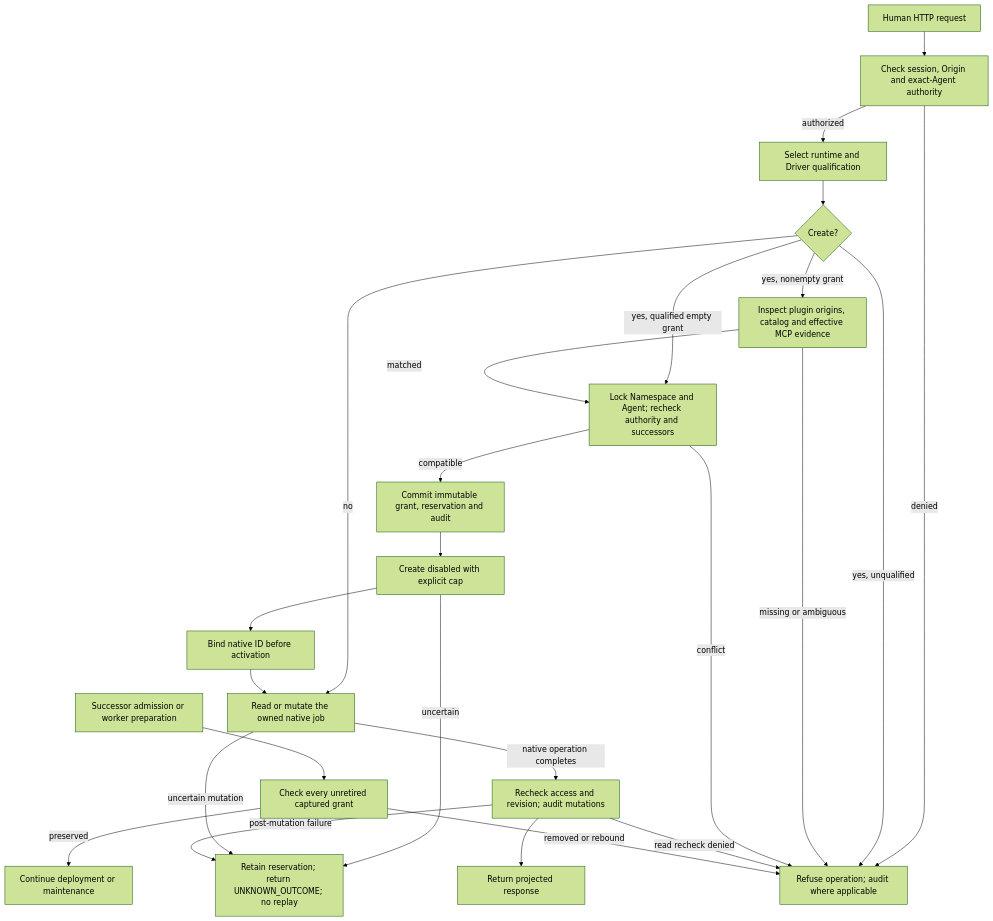
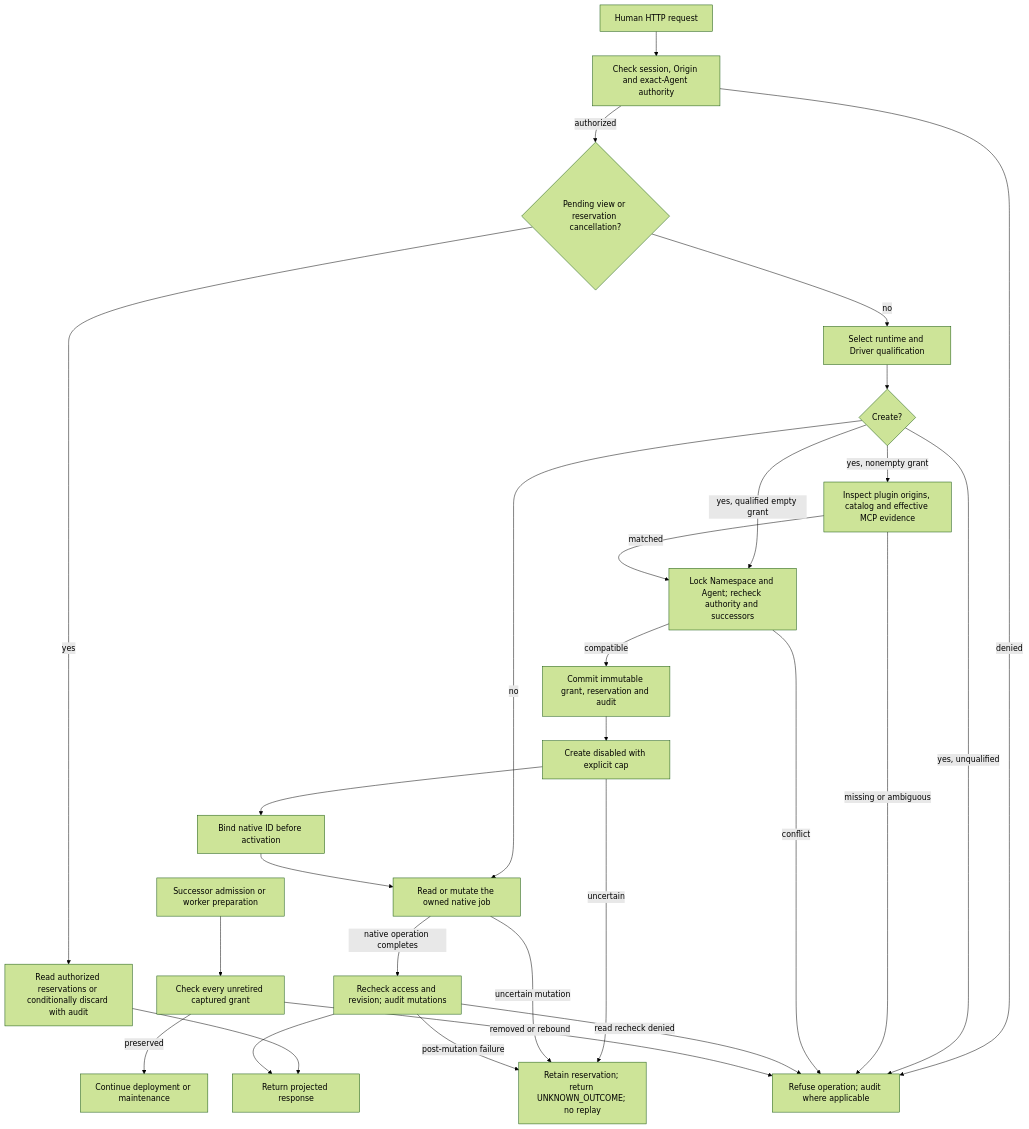
One commit to openclaw/openclaw-enterprise changed the diagram in docs/flows/agent-automations.md. Above: the diagram before and after it, drawn with Mermaid (forest theme). The commit also changed other lines of this file and 28 other files, not shown here.

````diff
--- a/docs/flows/agent-automations.md
+++ b/docs/flows/agent-automations.md
@@ -28,27 +29,30 @@
 ```mermaid
 graph TD
   A["Human HTTP request"] --> B["Check session, Origin and exact-Agent authority"]
-  B -->|"authorized"| C["Select runtime and Driver qualification"]
+  B -->|"authorized"| V{"Pending view or reservation cancellation?"}
+  V -->|"yes"| S["Read authorized reservations or conditionally discard with audit"]
+  S --> O["Return projected response"]
+  V -->|"no"| C["Select runtime and Driver qualification"]
   B -->|"denied"| E["Refuse operation; audit where applicable"]
   C --> F{"Create?"}
   F -->|"yes, nonempty grant"| D["Inspect plugin origins, catalog and effective MCP evidence"]
   F -->|"yes, qualified empty grant"| G["Lock Namespace and Agent; recheck authority and successors"]
   F -->|"yes, unqualified"| E
   D -->|"matched"| G
   D -->|"missing or ambiguous"| E
   G -->|"compatible"| H["Commit immutable grant, reservation and audit"]
   G -->|"conflict"| E
   H --> I["Create disabled with explicit cap"]
   I --> J["Bind native ID before activation"]
   F -->|"no"| K["Read or mutate the owned native job"]
   J --> K
   K -->|"native operation completes"| L["Recheck access and revision; audit mutations"]
   I -->|"uncertain"| U["Retain reservation; return UNKNOWN_OUTCOME; no replay"]
   K -->|"uncertain mutation"| U
   L -->|"post-mutation failure"| U
   L -->|"read recheck denied"| E
-  L --> O["Return projected response"]
+  L --> O
   P["Successor admission or worker preparation"] --> Q["Check every unretired captured grant"]
   Q -->|"preserved"| R["Continue deployment or maintenance"]
   Q -->|"removed or rebound"| E
 ```
````
